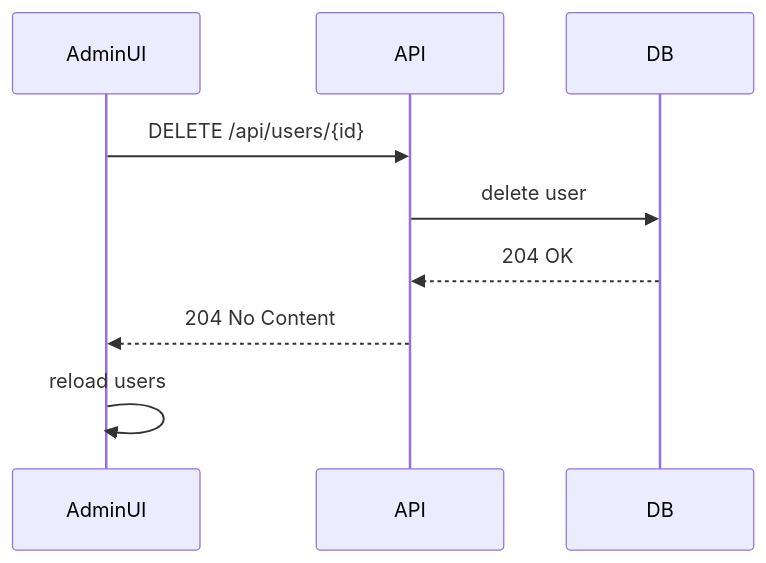
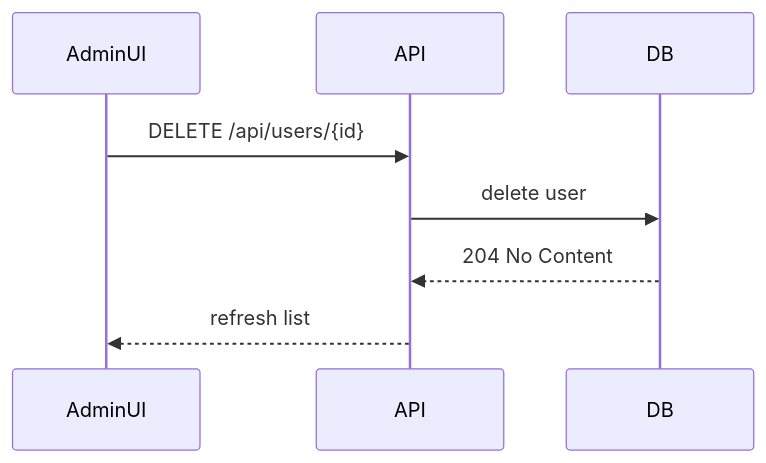
The diagram in documentacion/componentes/admin.md (dgp336/autodiagnostico26), drawn with Mermaid before and after one commit. The commit also changed other lines of this file and 21 other files, not shown here.

````diff
--- a/documentacion/componentes/admin.md
+++ b/documentacion/componentes/admin.md
@@ -107,11 +86,10 @@
 ```mermaid
 sequenceDiagram
   participant AdminUI
   participant API
   participant DB
   AdminUI->>API: DELETE /api/users/{id}
   API->>DB: delete user
-  DB-->>API: 204 OK
-  API-->>AdminUI: 204 No Content
-  AdminUI->>AdminUI: reload users
+  DB-->>API: 204 No Content
+  API-->>AdminUI: refresh list
 ```
````
